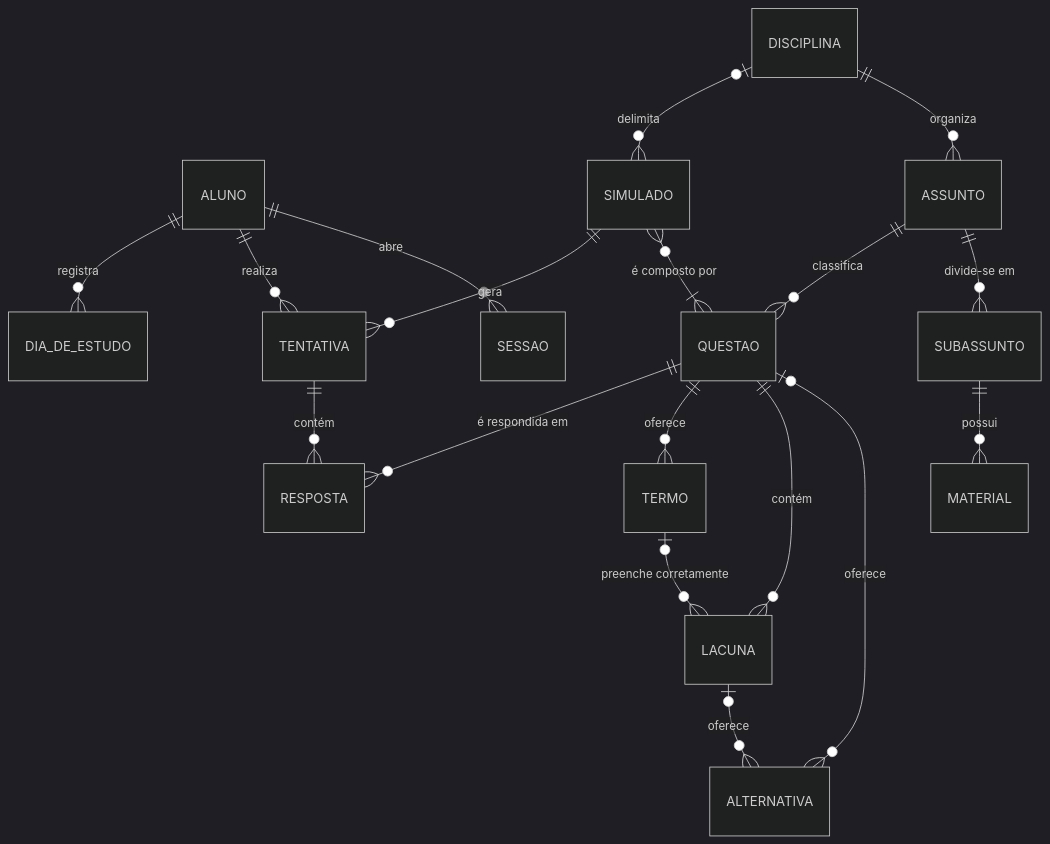
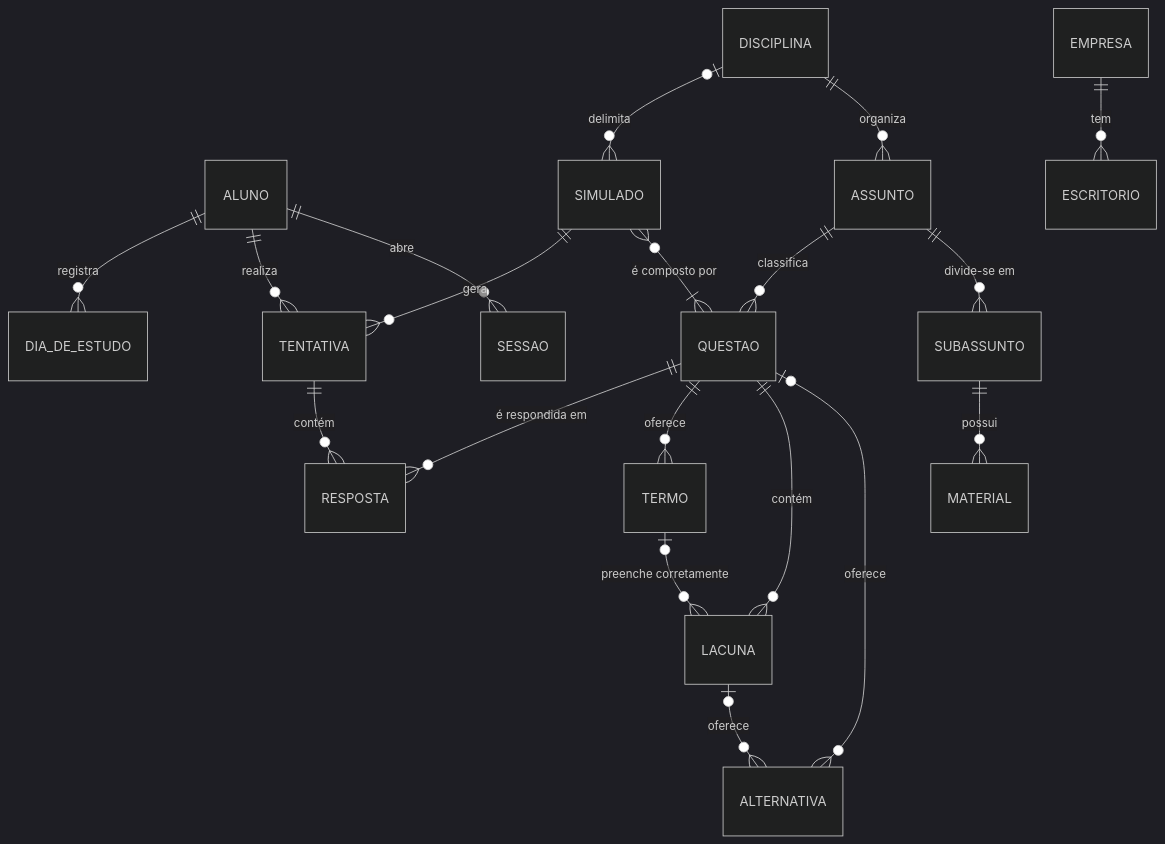
Before and after one commit to igor-fuchs01/student-app: the first of 2 diagrams in docs/06-modelagem-de-dados.md, drawn with Mermaid (dark theme). The commit also changed other lines of this file and 5 other files, not shown here.

````diff
--- a/docs/06-modelagem-de-dados.md
+++ b/docs/06-modelagem-de-dados.md
@@ -183,23 +187,25 @@
 ```mermaid
 erDiagram
     ALUNO ||--o{ SESSAO : "abre"
     ALUNO ||--o{ TENTATIVA : "realiza"
     ALUNO ||--o{ DIA_DE_ESTUDO : "registra"
 
     DISCIPLINA ||--o{ ASSUNTO : "organiza"
     ASSUNTO ||--o{ SUBASSUNTO : "divide-se em"
     SUBASSUNTO ||--o{ MATERIAL : "possui"
     ASSUNTO ||--o{ QUESTAO : "classifica"
 
     QUESTAO |o--o{ ALTERNATIVA : "oferece"
     QUESTAO ||--o{ LACUNA : "contém"
     LACUNA |o--o{ ALTERNATIVA : "oferece"
     QUESTAO ||--o{ TERMO : "oferece"
     TERMO |o--o{ LACUNA : "preenche corretamente"
 
     DISCIPLINA |o--o{ SIMULADO : "delimita"
     SIMULADO }o--|{ QUESTAO : "é composto por"
     SIMULADO ||--o{ TENTATIVA : "gera"
     TENTATIVA ||--o{ RESPOSTA : "contém"
     QUESTAO ||--o{ RESPOSTA : "é respondida em"
+
+    EMPRESA ||--o{ ESCRITORIO : "tem"
 ```
````
